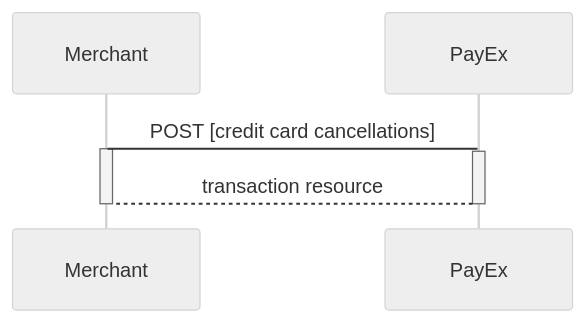
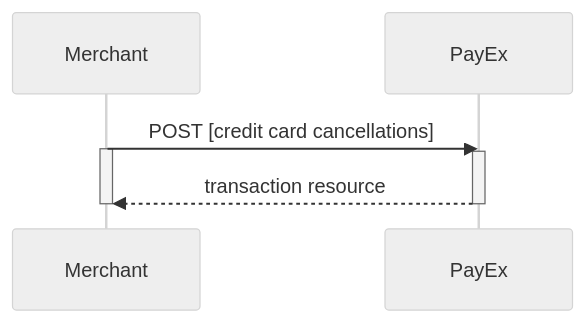
Before and after one commit to SwedbankPay/developer.swedbankpay.com: the ninth of 10 diagrams in payments/credit-card/after-payment.md, drawn with Mermaid (neutral theme). The commit also changed other lines of this file, not shown here.

Commit message:
DX-266 removed link from diagram and added double arrowhead to diagrams

````diff
--- a/payments/credit-card/after-payment.md
+++ b/payments/credit-card/after-payment.md
@@ -699,9 +699,9 @@
 ```mermaid
 sequenceDiagram
-  Merchant->PayEx: POST [credit card cancellations]
+  Merchant->>PayEx: POST [credit card cancellations]
   Activate Merchant
   Activate PayEx
-  PayEx-->Merchant: transaction resource
+  PayEx-->>Merchant: transaction resource
   Deactivate PayEx
   Deactivate Merchant
 ```
````
